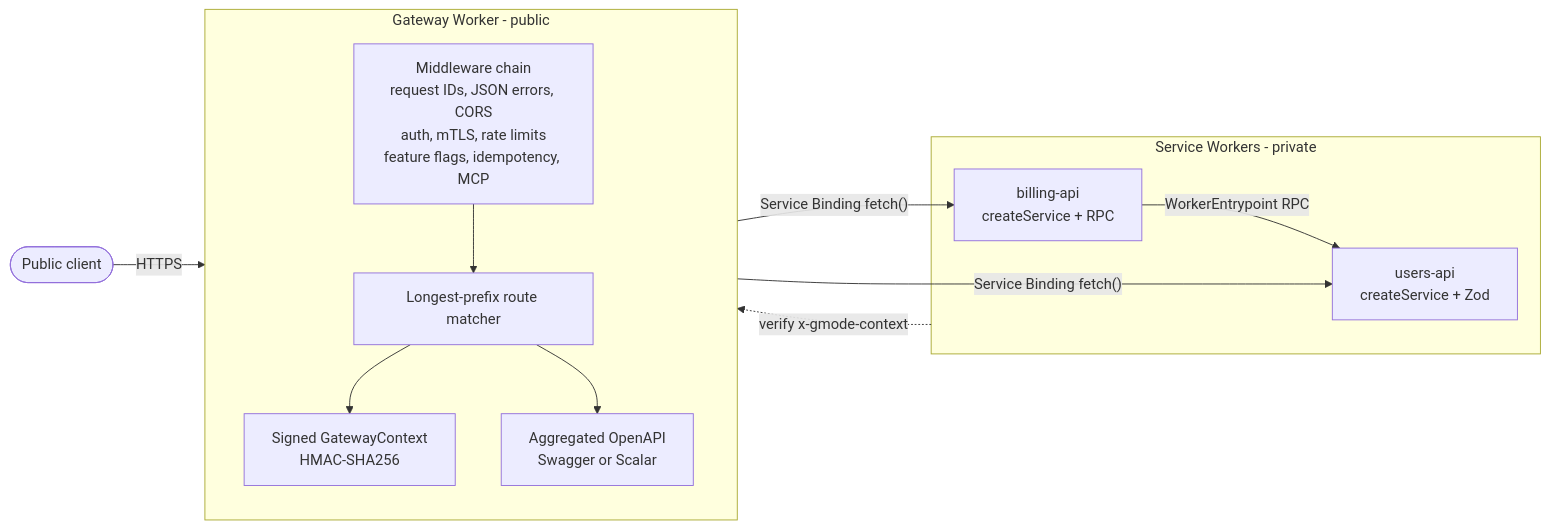
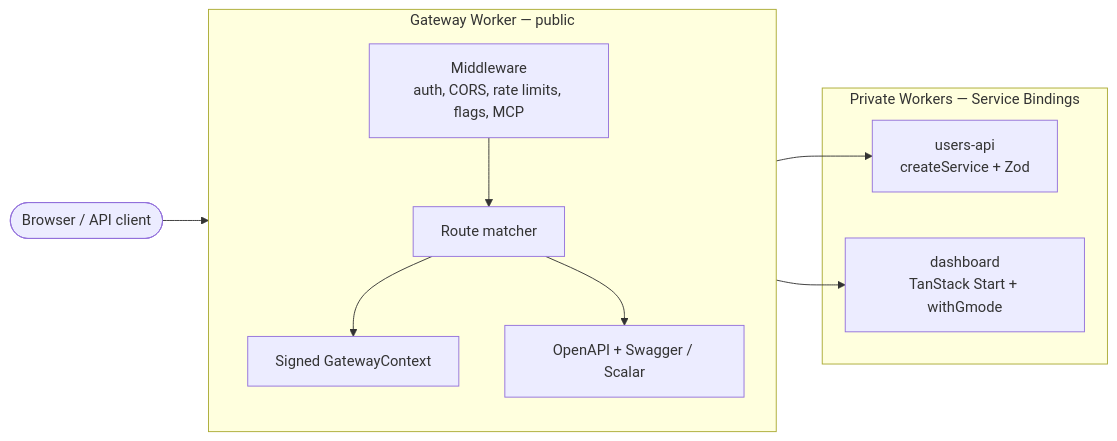
One commit to charl-kruger/gmode changed the diagram in README.md. Above: the diagram before and after it, drawn with Mermaid. The commit also changed other lines of this file and 40 other files, not shown here.

````diff
--- a/README.md
+++ b/README.md
@@ -22,26 +36,24 @@
 ```mermaid
 flowchart LR
-    Client(["Public client"])
+    Client(["Browser / API client"])
 
-    subgraph Gateway["Gateway Worker - public"]
+    subgraph Gateway["Gateway Worker — public"]
         direction TB
-        Middleware["Middleware chain<br/>request IDs, JSON errors, CORS<br/>auth, mTLS, rate limits<br/>feature flags, idempotency, MCP"]
-        Route["Longest-prefix route matcher"]
-        Sign["Signed GatewayContext<br/>HMAC-SHA256"]
-        Docs["Aggregated OpenAPI<br/>Swagger or Scalar"]
+        Middleware["Middleware<br/>auth, CORS, rate limits, flags, MCP"]
+        Route["Route matcher"]
+        Sign["Signed GatewayContext"]
+        Docs["OpenAPI + Swagger / Scalar"]
     end
 
-    subgraph Services["Service Workers - private"]
+    subgraph Workers["Private Workers — Service Bindings"]
         Users["users-api<br/>createService + Zod"]
-        Billing["billing-api<br/>createService + RPC"]
+        Web["dashboard<br/>TanStack Start + withGmode"]
     end
 
-    Client -- "HTTPS" --> Middleware
+    Client --> Middleware
     Middleware --> Route
     Route --> Sign
     Route --> Docs
-    Sign -- "Service Binding fetch()" --> Users
-    Sign -- "Service Binding fetch()" --> Billing
-    Billing -- "WorkerEntrypoint RPC" --> Users
-    Services -. "verify x-gmode-context" .-> Sign
+    Sign --> Users
+    Sign --> Web
 ```
````
